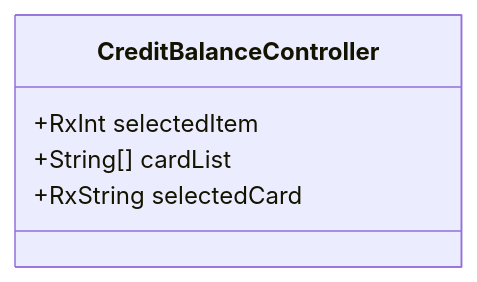
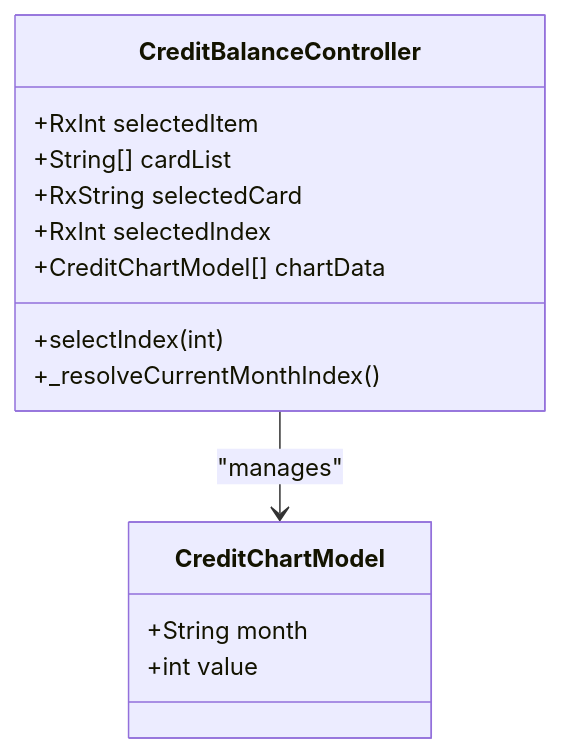
Before and after one commit to Ariful3111/FurniGo: the third of 15 diagrams in .qoder/repowiki/en/content/Core Features/User Profile Management/Credit Balance System.md, drawn with Mermaid. The commit also changed other lines of this file and 10 other files, not shown here.

````diff
--- a/.qoder/repowiki/en/content/Core Features/User Profile Management/Credit Balance System.md
+++ b/.qoder/repowiki/en/content/Core Features/User Profile Management/Credit Balance System.md
@@ -249,8 +281,17 @@
 ```mermaid
 classDiagram
 class CreditBalanceController {
 +RxInt selectedItem
 +String[] cardList
 +RxString selectedCard
++RxInt selectedIndex
++CreditChartModel[] chartData
++selectIndex(int)
++_resolveCurrentMonthIndex()
 }
+class CreditChartModel {
++String month
++int value
+}
+CreditBalanceController --> CreditChartModel : "manages"
 ```
````
